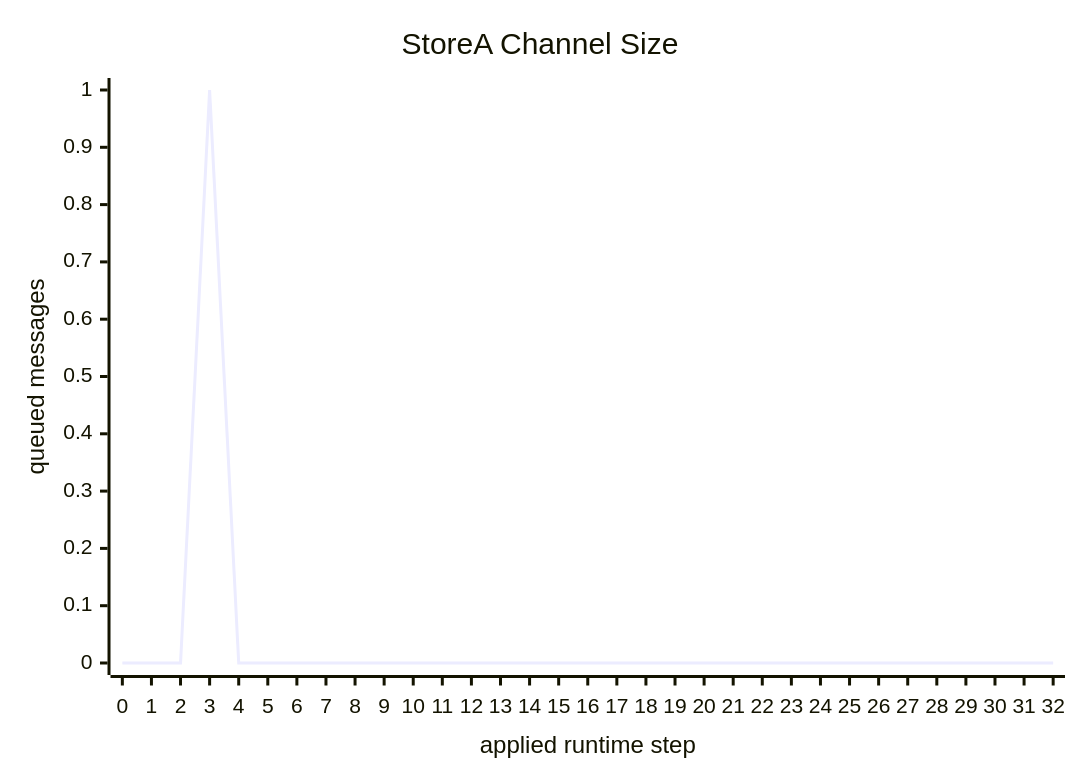
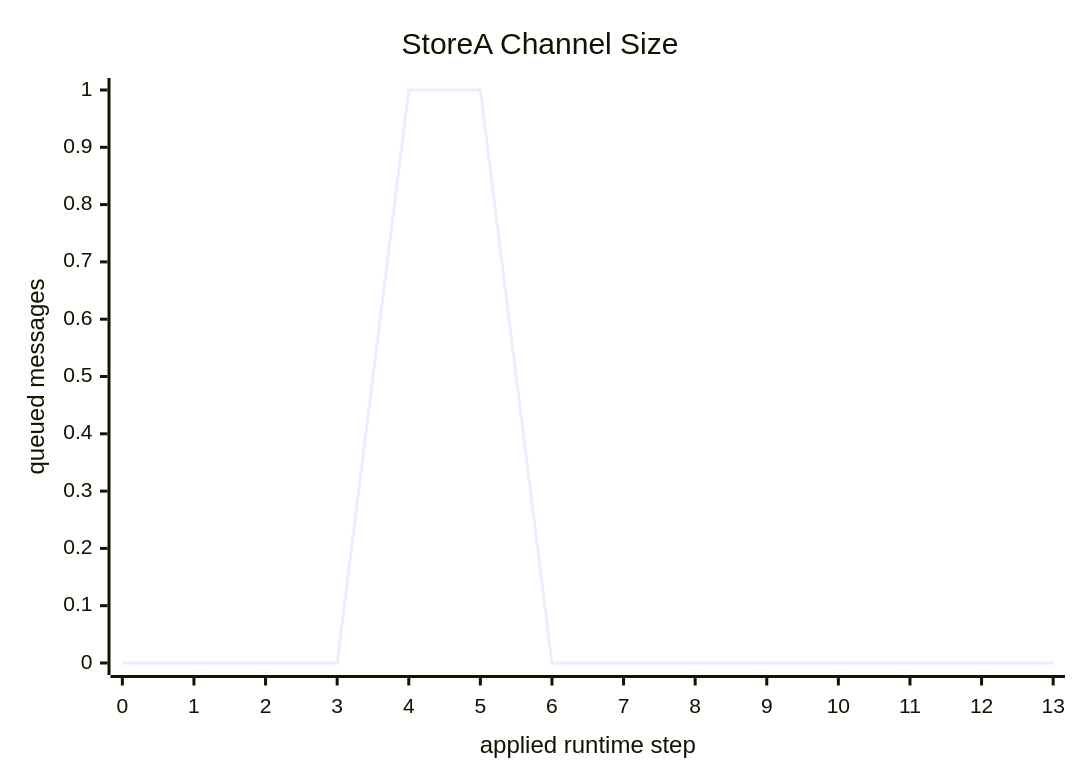
Diagram 27 of 36 in docs/build/ir.generated.md (rfielding/go-ctl2), drawn with Mermaid before and after one commit. The commit also changed other lines of this file and 5 other files, not shown here.

````diff
--- a/docs/build/ir.generated.md
+++ b/docs/build/ir.generated.md
@@ -1276,7 +1519,7 @@
 ```mermaid
 xychart-beta
     title "StoreA Channel Size"
-    x-axis "applied runtime step" [0, 1, 2, 3, 4, 5, 6, 7, 8, 9, 10, 11, 12, 13, 14, 15, 16, 17, 18, 19, 20, 21, 22, 23, 24, 25, 26, 27, 28, 29, 30, 31, 32]
+    x-axis "applied runtime step" [0, 1, 2, 3, 4, 5, 6, 7, 8, 9, 10, 11, 12, 13]
     y-axis "queued messages" 0 --> 1
-    line [0, 0, 0, 1, 0, 0, 0, 0, 0, 0, 0, 0, 0, 0, 0, 0, 0, 0, 0, 0, 0, 0, 0, 0, 0, 0, 0, 0, 0, 0, 0, 0, 0]
+    line [0, 0, 0, 0, 1, 1, 0, 0, 0, 0, 0, 0, 0, 0]
 ```
````
